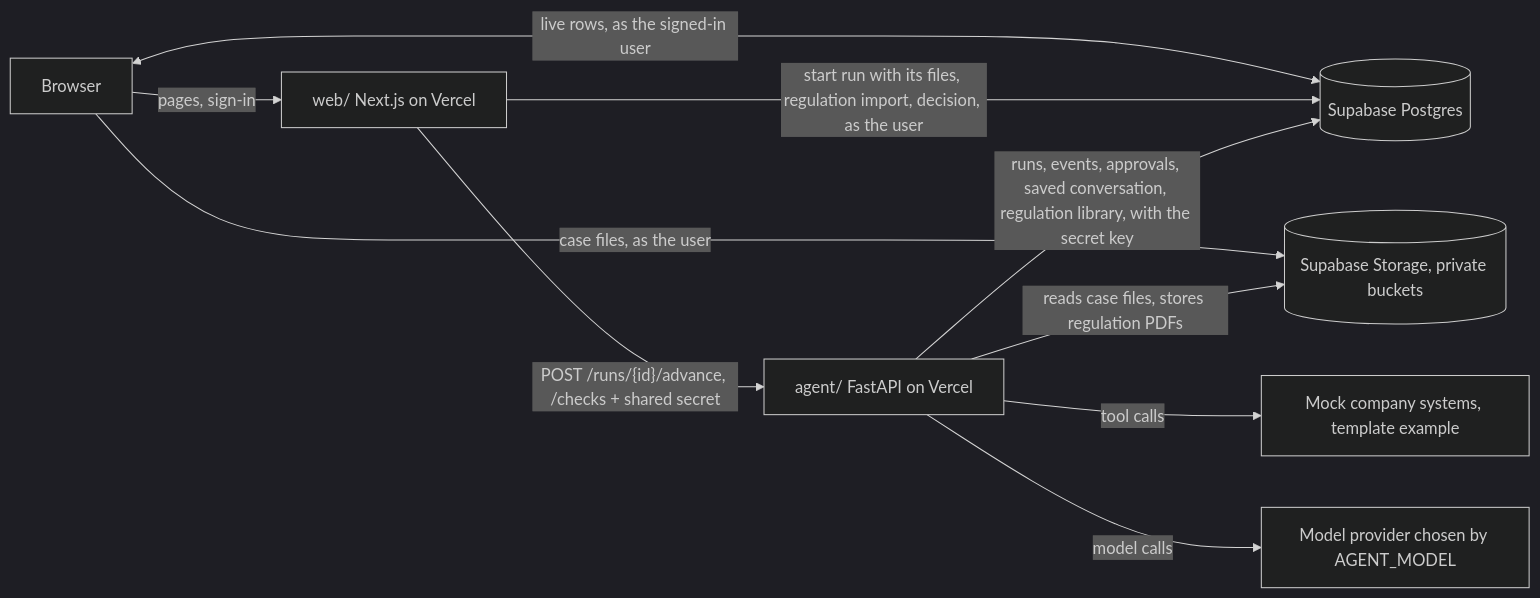
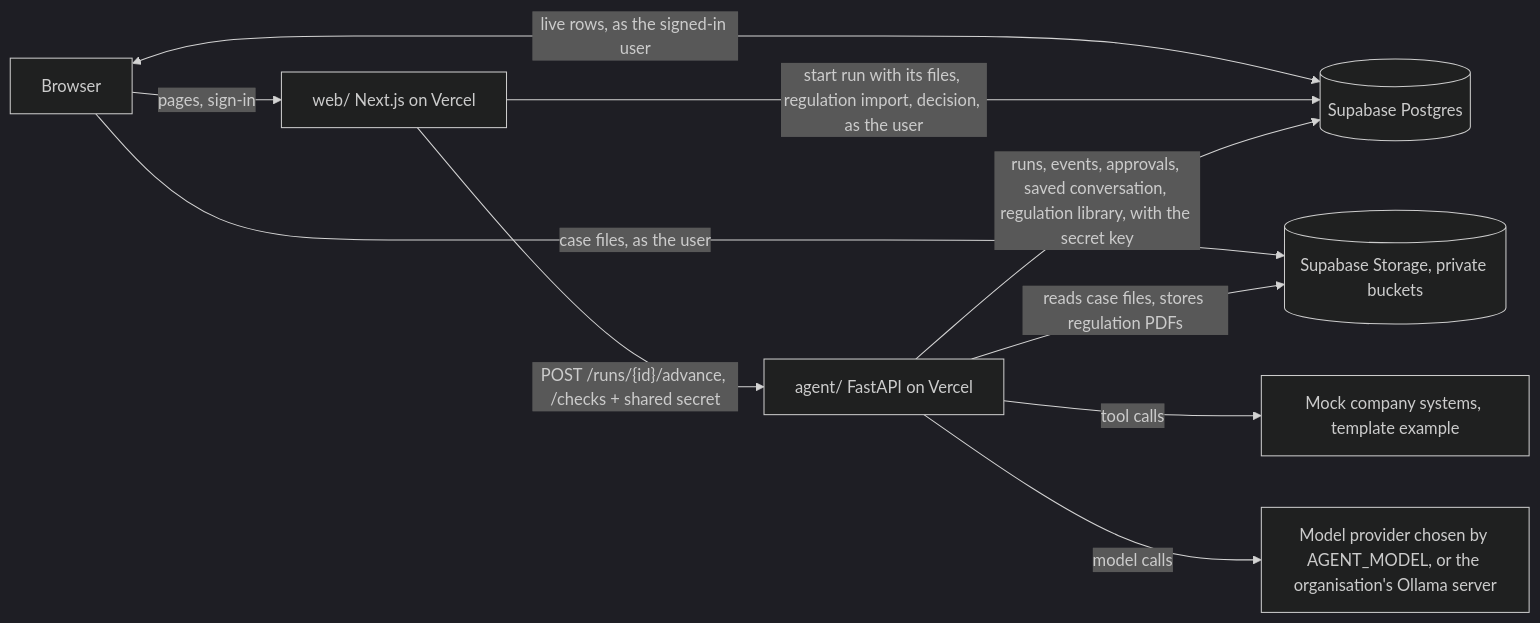
The diagram in docs/architecture.md (space-agents-hack/industrial-hackathon-space-agents), drawn with Mermaid (dark theme) before and after one commit. The commit also changed other lines of this file and 22 other files, not shown here.

First line of the commit message:
Ollama as a provider: an organisation's own model server in Admin, Providers (SYS-30, #21)

````diff
--- a/docs/architecture.md
+++ b/docs/architecture.md
@@ -14,12 +14,12 @@
 ```mermaid
 flowchart LR
   B[Browser] -->|pages, sign-in| W[web/ Next.js on Vercel]
   B <-->|live rows, as the signed-in user| D[(Supabase Postgres)]
   B -->|case files, as the user| F[(Supabase Storage, private buckets)]
   W -->|start run with its files, regulation import, decision, as the user| D
   W -->|"POST /runs/{id}/advance, /checks + shared secret"| A[agent/ FastAPI on Vercel]
   A -->|runs, events, approvals, saved conversation, regulation library, with the secret key| D
   A -->|reads case files, stores regulation PDFs| F
   A -->|tool calls| S[Mock company systems, template example]
-  A -->|model calls| M[Model provider chosen by AGENT_MODEL]
+  A -->|model calls| M[Model provider chosen by AGENT_MODEL, or the organisation's Ollama server]
 ```
````
